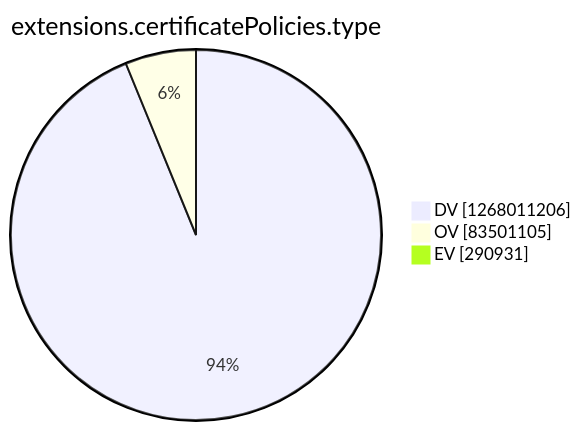
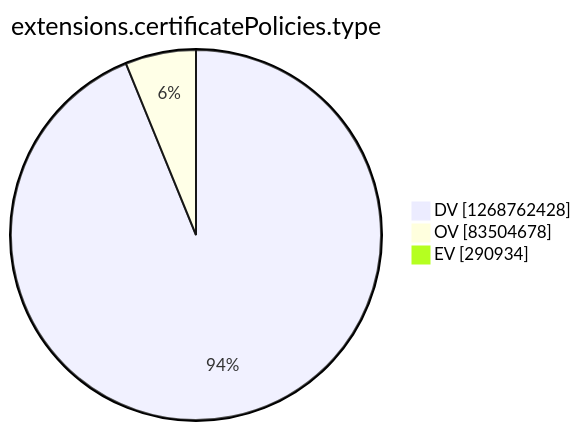
Before and after one commit to christiankrug/ctmonitor_visualization: the tenth of 15 diagrams in argon2022/README.md, drawn with Mermaid. The commit also changed other lines of this file, not shown here.

````diff
--- a/argon2022/README.md
+++ b/argon2022/README.md
@@ -2771,7 +2771,7 @@
 ```mermaid
 pie showData
 title extensions.certificatePolicies.type
-"DV" :1268011206
-"OV" :83501105
-"EV" :290931
+"DV" :1268762428
+"OV" :83504678
+"EV" :290934
 ```
````
